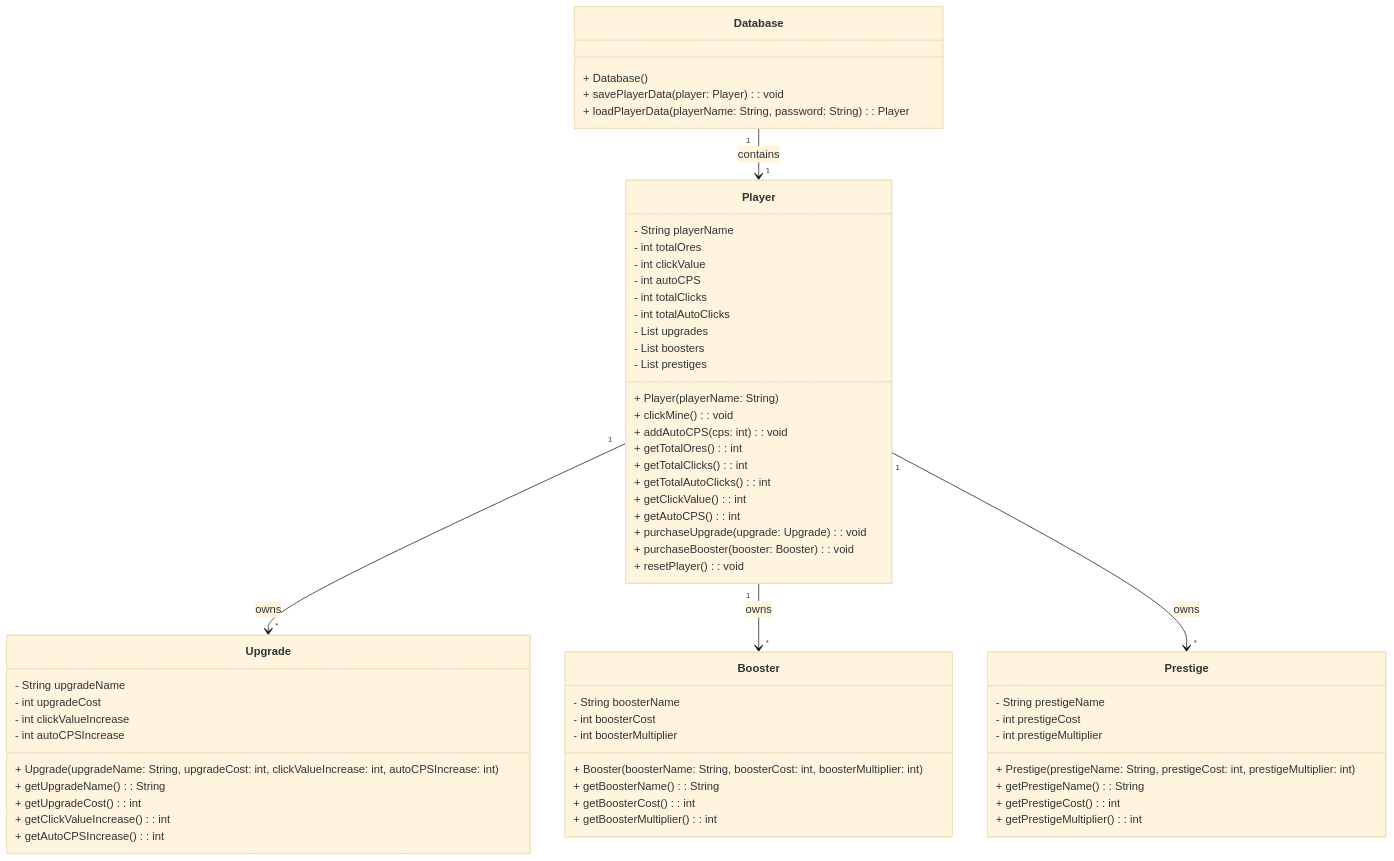
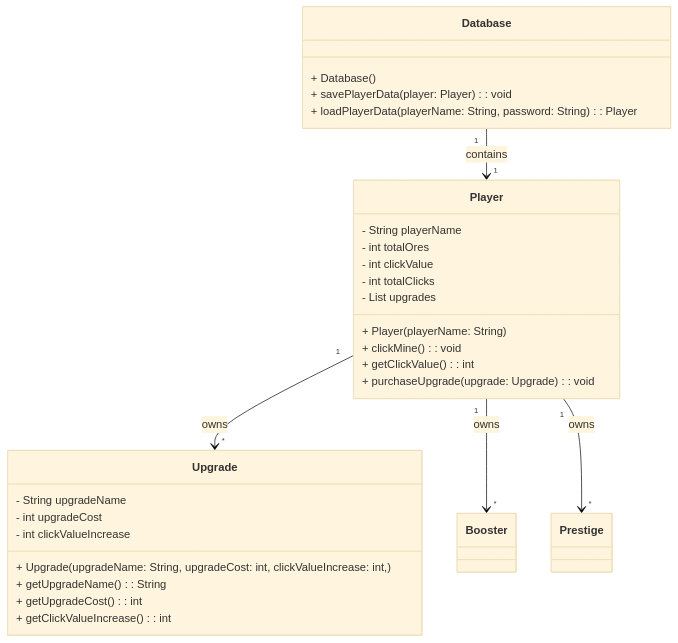
One commit to KAYRAHxWOLF/MasterMinerV1 changed the first of 2 diagrams in README.md. Above: the diagram before and after it, drawn with Mermaid (base theme). The commit also changed other lines of this file, not shown here.

````diff
--- a/README.md
+++ b/README.md
@@ -30,64 +30,33 @@
 ```mermaid
 classDiagram
     class Player {
         - String playerName
         - int totalOres
         - int clickValue
-        - int autoCPS
         - int totalClicks
-        - int totalAutoClicks
         - List<Upgrade> upgrades
-        - List<Booster> boosters
-        - List<Prestige> prestiges
         + Player(playerName: String)
         + clickMine(): void
-        + addAutoCPS(cps: int): void
-        + getTotalOres(): int
-        + getTotalClicks(): int
-        + getTotalAutoClicks(): int
         + getClickValue(): int
-        + getAutoCPS(): int
         + purchaseUpgrade(upgrade: Upgrade): void
-        + purchaseBooster(booster: Booster): void
-        + resetPlayer(): void
     }
     class Upgrade {
         - String upgradeName
         - int upgradeCost
         - int clickValueIncrease
-        - int autoCPSIncrease
-        + Upgrade(upgradeName: String, upgradeCost: int, clickValueIncrease: int, autoCPSIncrease: int)
+        + Upgrade(upgradeName: String, upgradeCost: int, clickValueIncrease: int,)
         + getUpgradeName(): String
         + getUpgradeCost(): int
         + getClickValueIncrease(): int
-        + getAutoCPSIncrease(): int
     }
-    class Booster {
-        - String boosterName
-        - int boosterCost
-        - int boosterMultiplier
-        + Booster(boosterName: String, boosterCost: int, boosterMultiplier: int)
-        + getBoosterName(): String
-        + getBoosterCost(): int
-        + getBoosterMultiplier(): int
-    }
-    class Prestige {
-        - String prestigeName
-        - int prestigeCost
-        - int prestigeMultiplier
-        + Prestige(prestigeName: String, prestigeCost: int, prestigeMultiplier: int)
-        + getPrestigeName(): String
-        + getPrestigeCost(): int
-        + getPrestigeMultiplier(): int
-     } 
       class Database { 
       + Database() 
       + savePlayerData(player: Player): void 
       + loadPlayerData(playerName: String, password: String): Player
     }
 
     Player "1" --> "*" Upgrade : owns
     Player "1" --> "*" Booster : owns
     Player "1" --> "*" Prestige : owns
     Database "1" --> "1" Player : contains
 ```
````
